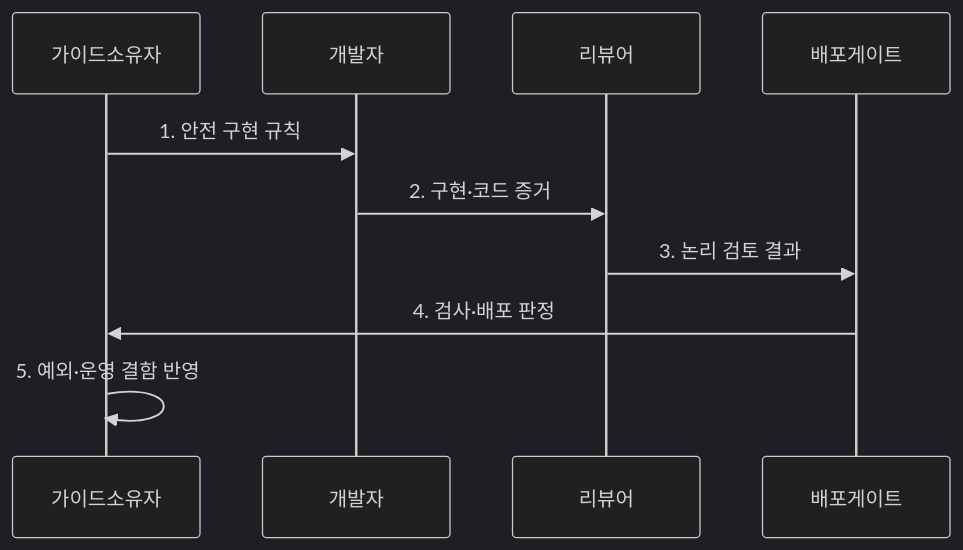
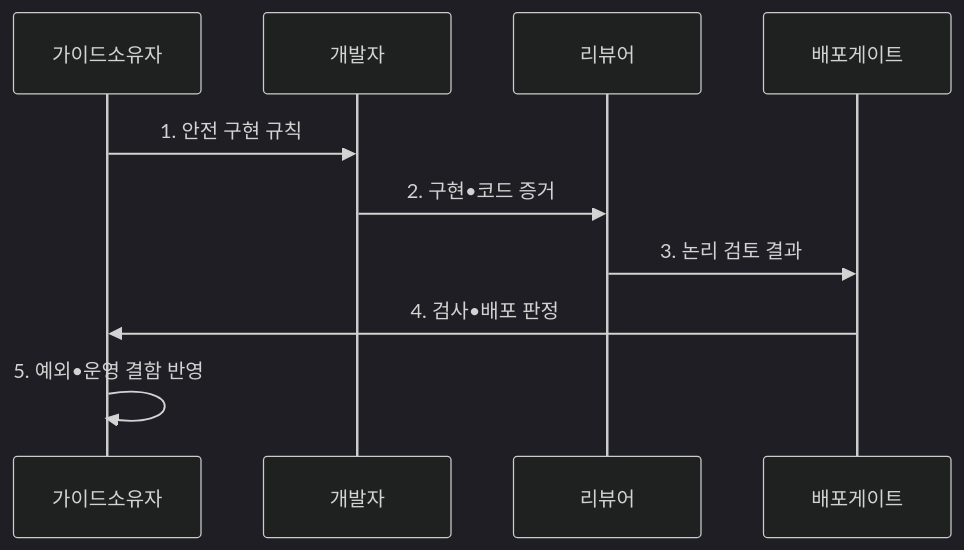
One commit to agnusdei1207/knowledge-base changed the second of 2 diagrams in src/content/docs/notes/05-security/051_secure_coding.md. Above: the diagram before and after it, drawn with Mermaid (dark theme). The commit also changed other lines of this file and 953 other files, not shown here.

````diff
--- a/src/content/docs/notes/05-security/051_secure_coding.md
+++ b/src/content/docs/notes/05-security/051_secure_coding.md
@@ -100,12 +100,12 @@
 ```mermaid
 sequenceDiagram
     participant 가이드소유자
     participant 개발자
     participant 리뷰어
     participant 배포게이트
     가이드소유자->>개발자: 1. 안전 구현 규칙
-    개발자->>리뷰어: 2. 구현·코드 증거
+    개발자->>리뷰어: 2. 구현•코드 증거
     리뷰어->>배포게이트: 3. 논리 검토 결과
-    배포게이트->>가이드소유자: 4. 검사·배포 판정
-    가이드소유자->>가이드소유자: 5. 예외·운영 결함 반영
+    배포게이트->>가이드소유자: 4. 검사•배포 판정
+    가이드소유자->>가이드소유자: 5. 예외•운영 결함 반영
 ```
````
